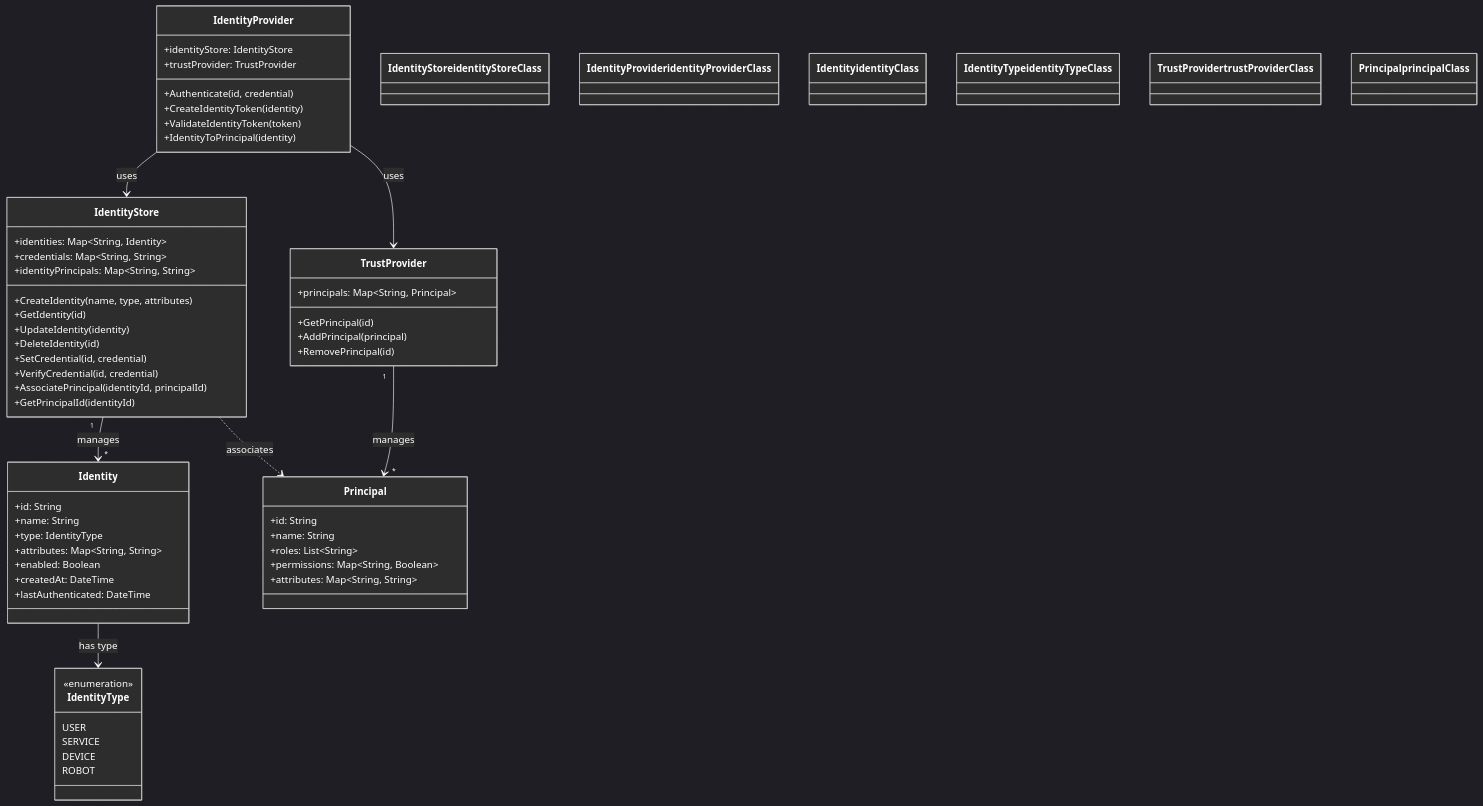
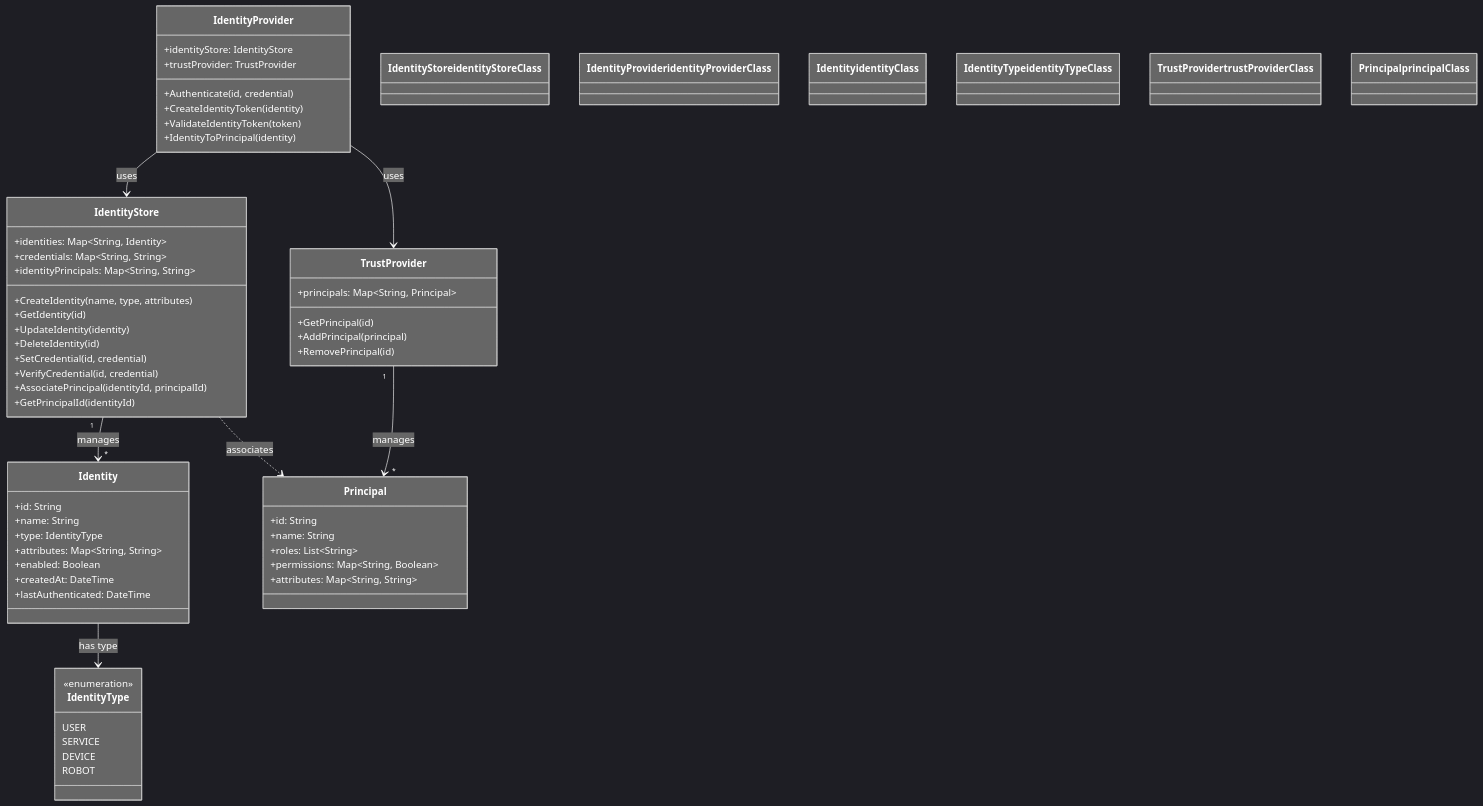
Diagram 13 of 14 in DesignDoc.md (mbhatt1/ecps-sdk), drawn with Mermaid before and after one commit. The commit also changed other lines of this file, not shown here.

Commit message:
Adding trust layer + fix diagrams

````diff
--- a/DesignDoc.md
+++ b/DesignDoc.md
@@ -888,81 +888,81 @@
 ```mermaid
-%%{init: {'theme': 'dark', 'themeVariables': { 'primaryColor': '#4a90e2', 'primaryTextColor': '#ffffff', 'primaryBorderColor': '#7bb3f0', 'lineColor': '#ffffff', 'secondaryColor': '#5ba0f2', 'tertiaryColor': '#357abd', 'background': '#1e1e1e', 'mainBkg': '#2d2d2d', 'secondBkg': '#3d3d3d', 'tertiaryColor': '#4d4d4d'}}}%%
+%%{init: {'theme': 'dark', 'themeVariables': { 'primaryColor': '#666666', 'primaryTextColor': '#ffffff', 'primaryBorderColor': '#999999', 'lineColor': '#ffffff', 'secondaryColor': '#777777', 'tertiaryColor': '#555555', 'background': '#2d2d2d', 'mainBkg': '#666666', 'secondBkg': '#777777', 'tertiaryColor': '#888888'}}}%%
 classDiagram
     IdentityStore "1" --> "*" Identity : manages
     IdentityProvider --> IdentityStore : uses
     IdentityProvider --> TrustProvider : uses
     Identity --> IdentityType : has type
     TrustProvider "1" --> "*" Principal : manages
     IdentityStore ..> Principal : associates
     
     class IdentityStore {
         +identities: Map~String, Identity~
         +credentials: Map~String, String~
         +identityPrincipals: Map~String, String~
         +CreateIdentity(name, type, attributes)
         +GetIdentity(id)
         +UpdateIdentity(identity)
         +DeleteIdentity(id)
         +SetCredential(id, credential)
         +VerifyCredential(id, credential)
         +AssociatePrincipal(identityId, principalId)
         +GetPrincipalId(identityId)
     }
     
     class IdentityProvider {
         +identityStore: IdentityStore
         +trustProvider: TrustProvider
         +Authenticate(id, credential)
         +CreateIdentityToken(identity)
         +ValidateIdentityToken(token)
         +IdentityToPrincipal(identity)
     }
     
     class Identity {
         +id: String
         +name: String
         +type: IdentityType
         +attributes: Map~String, String~
         +enabled: Boolean
         +createdAt: DateTime
         +lastAuthenticated: DateTime
     }
     
     class IdentityType {
         <<enumeration>>
         USER
         SERVICE
         DEVICE
         ROBOT
     }
     
     class TrustProvider {
         +principals: Map~String, Principal~
         +GetPrincipal(id)
         +AddPrincipal(principal)
         +RemovePrincipal(id)
     }
     
     class Principal {
         +id: String
         +name: String
         +roles: List~String~
         +permissions: Map~String, Boolean~
         +attributes: Map~String, String~
     }
     
     %% Apply styling
-    classDef identityStoreClass fill:#4a90e2,stroke:#7bb3f0,color:#ffffff
-    classDef identityProviderClass fill:#5ba0f2,stroke:#7bb3f0,color:#ffffff
-    classDef identityClass fill:#ff6b6b,stroke:#ff9999,color:#ffffff
-    classDef identityTypeClass fill:#ff6b6b,stroke:#ff9999,color:#ffffff
-    classDef trustProviderClass fill:#357abd,stroke:#7bb3f0,color:#ffffff
-    classDef principalClass fill:#6bb6ff,stroke:#7bb3f0,color:#ffffff
+    classDef identityStoreClass fill:#666666,stroke:#999999,color:#ffffff
+    classDef identityProviderClass fill:#777777,stroke:#999999,color:#ffffff
+    classDef identityClass fill:#888888,stroke:#999999,color:#ffffff
+    classDef identityTypeClass fill:#999999,stroke:#bbbbbb,color:#ffffff
+    classDef trustProviderClass fill:#555555,stroke:#999999,color:#ffffff
+    classDef principalClass fill:#aaaaaa,stroke:#cccccc,color:#ffffff
     
     class IdentityStore identityStoreClass
     class IdentityProvider identityProviderClass
     class Identity identityClass
     class IdentityType identityTypeClass
     class TrustProvider trustProviderClass
     class Principal principalClass
 ```
````
